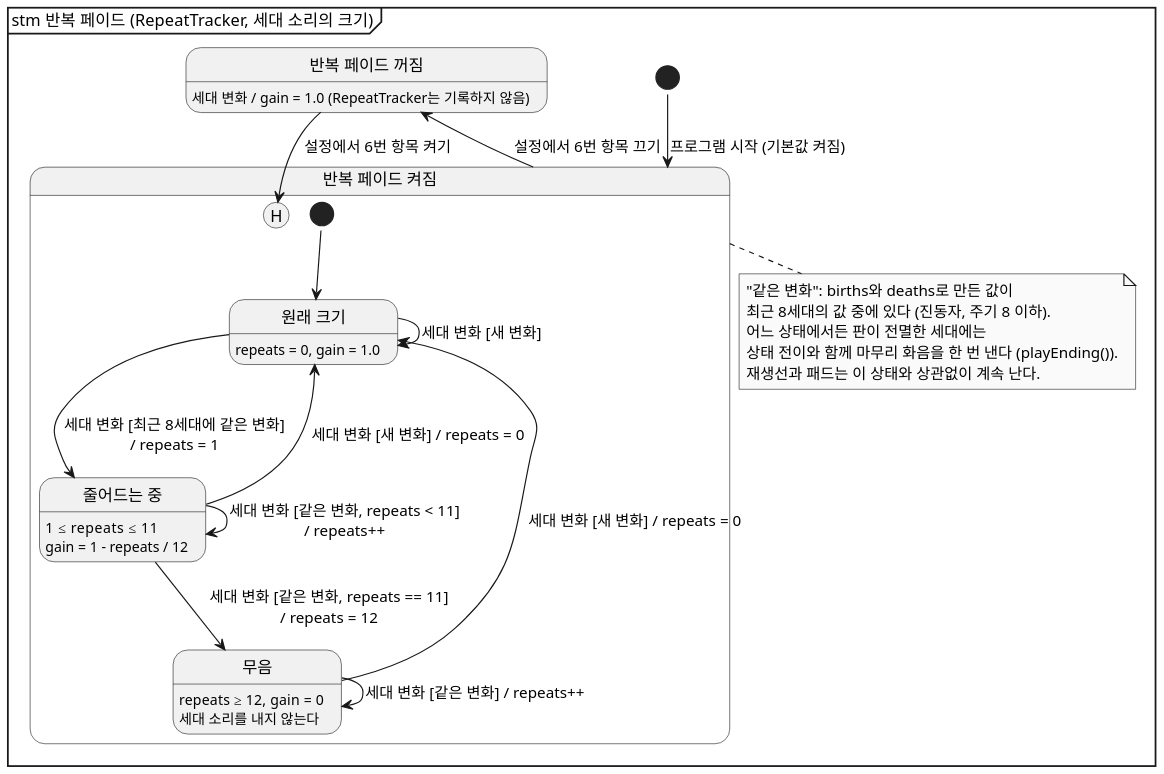
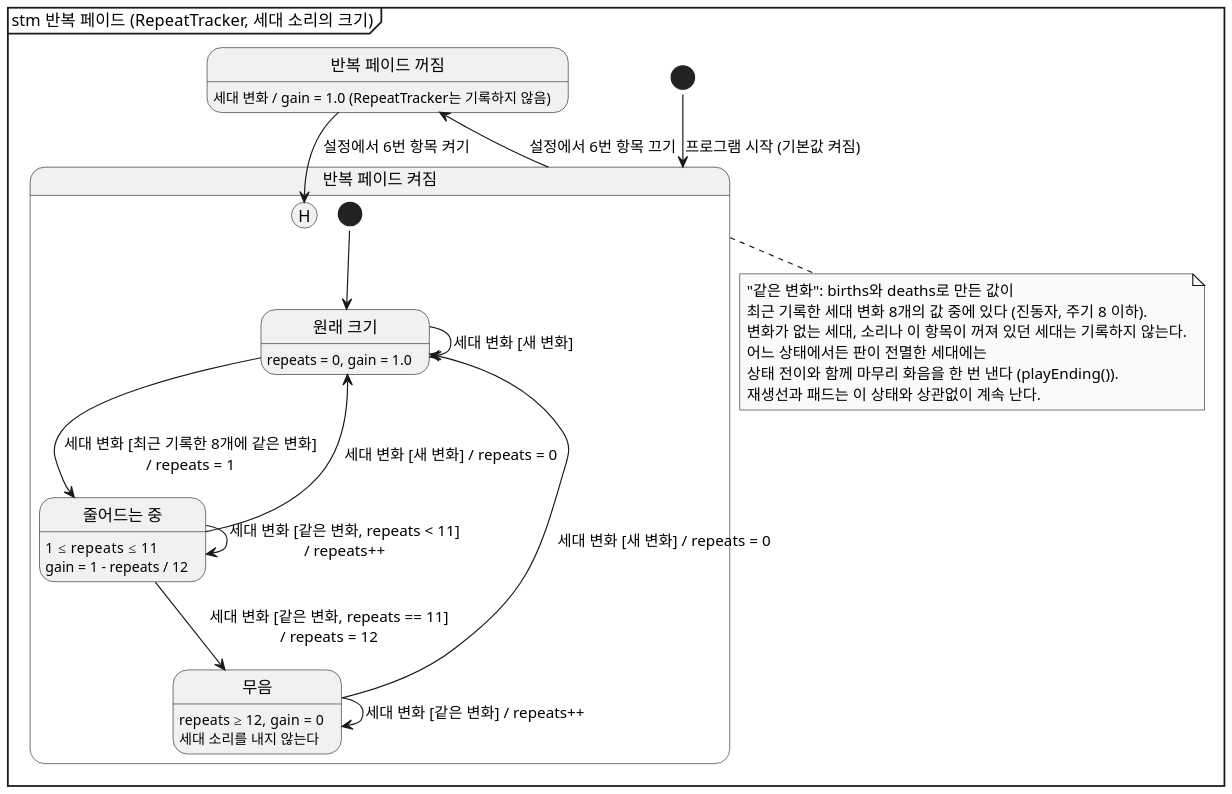
The diagram in docs/sound-effects/diagram/state-fade.puml (mckimR1972/DP_team_project), drawn with PlantUML before and after one commit. The commit also changed 6 other files, not shown here.

```diff
--- a/docs/sound-effects/diagram/state-fade.puml
+++ b/docs/sound-effects/diagram/state-fade.puml
@@ -1,48 +1,49 @@
 @startuml state-fade
 !pragma layout smetana
 skinparam monochrome true
 skinparam dpi 150
 skinparam shadowing false
 skinparam defaultFontName "Malgun Gothic"
 hide empty description
 mainframe stm 반복 페이드 (RepeatTracker, 세대 소리의 크기)
 
 state "반복 페이드 꺼짐" as FadeOff
 FadeOff : 세대 변화 / gain = 1.0 (RepeatTracker는 기록하지 않음)
 
 state "반복 페이드 켜짐" as FadeOn {
   state "원래 크기" as Full
   Full : repeats = 0, gain = 1.0
 
   state "줄어드는 중" as Fading
   Fading : 1 ≤ repeats ≤ 11
   Fading : gain = 1 - repeats / 12
 
   state "무음" as Silent
   Silent : repeats ≥ 12, gain = 0
   Silent : 세대 소리를 내지 않는다
 
   [*] --> Full
   Full --> Full : 세대 변화 [새 변화]
-  Full --> Fading : 세대 변화 [최근 8세대에 같은 변화]\n/ repeats = 1
+  Full --> Fading : 세대 변화 [최근 기록한 8개에 같은 변화]\n/ repeats = 1
   Fading --> Fading : 세대 변화 [같은 변화, repeats < 11]\n/ repeats++
   Fading --> Silent : 세대 변화 [같은 변화, repeats == 11]\n/ repeats = 12
   Silent --> Silent : 세대 변화 [같은 변화] / repeats++
   Fading --> Full : 세대 변화 [새 변화] / repeats = 0
   Silent --> Full : 세대 변화 [새 변화] / repeats = 0
 
   state "H" as Hist <<history>>
 }
 
 [*] --> FadeOn : 프로그램 시작 (기본값 켜짐)
 FadeOn --> FadeOff : 설정에서 6번 항목 끄기
 FadeOff --> Hist : 설정에서 6번 항목 켜기
 
 note bottom of FadeOn
   "같은 변화": births와 deaths로 만든 값이
-  최근 8세대의 값 중에 있다 (진동자, 주기 8 이하).
+  최근 기록한 세대 변화 8개의 값 중에 있다 (진동자, 주기 8 이하).
+  변화가 없는 세대, 소리나 이 항목이 꺼져 있던 세대는 기록하지 않는다.
   어느 상태에서든 판이 전멸한 세대에는
   상태 전이와 함께 마무리 화음을 한 번 낸다 (playEnding()).
   재생선과 패드는 이 상태와 상관없이 계속 난다.
 end note
 @enduml
```
